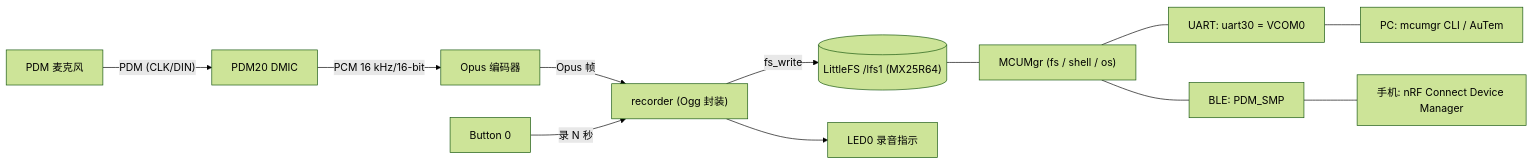
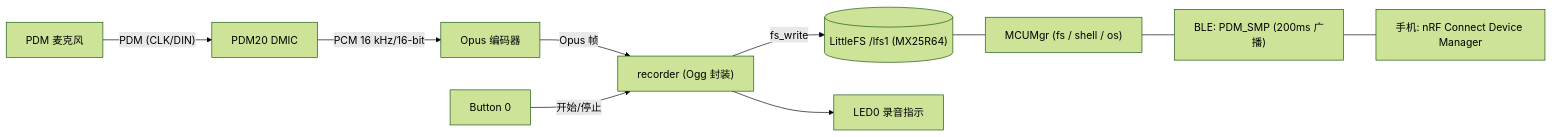
Before and after one commit to Jayant-Tang/nrf54l_pdm_opus_recorder: the diagram in README_zh.md, drawn with Mermaid (forest theme). The commit also changed other lines of this file and 14 other files, not shown here.

First line of the commit message:
On-demand recording, BLE-only SMP, and idle power fixes

````diff
--- a/README_zh.md
+++ b/README_zh.md
@@ -12,14 +12,12 @@
 ```mermaid
 flowchart LR
     mic["PDM 麦克风"] -->|"PDM (CLK/DIN)"| pdm["PDM20 DMIC"]
     pdm -->|"PCM 16 kHz/16-bit"| enc["Opus 编码器"]
     enc -->|"Opus 帧"| rec["recorder (Ogg 封装)"]
     rec -->|"fs_write"| lfs[("LittleFS /lfs1 (MX25R64)")]
-    btn["Button 0"] -->|"录 N 秒"| rec
+    btn["Button 0"] -->|"开始/停止"| rec
     rec --> led0["LED0 录音指示"]
     lfs --- smp["MCUMgr (fs / shell / os)"]
-    smp --- uart["UART: uart30 = VCOM0"]
-    smp --- ble["BLE: PDM_SMP"]
-    uart --- pc["PC: mcumgr CLI / AuTem"]
+    smp --- ble["BLE: PDM_SMP (200ms 广播)"]
     ble --- phone["手机: nRF Connect Device Manager"]
 ```
````
